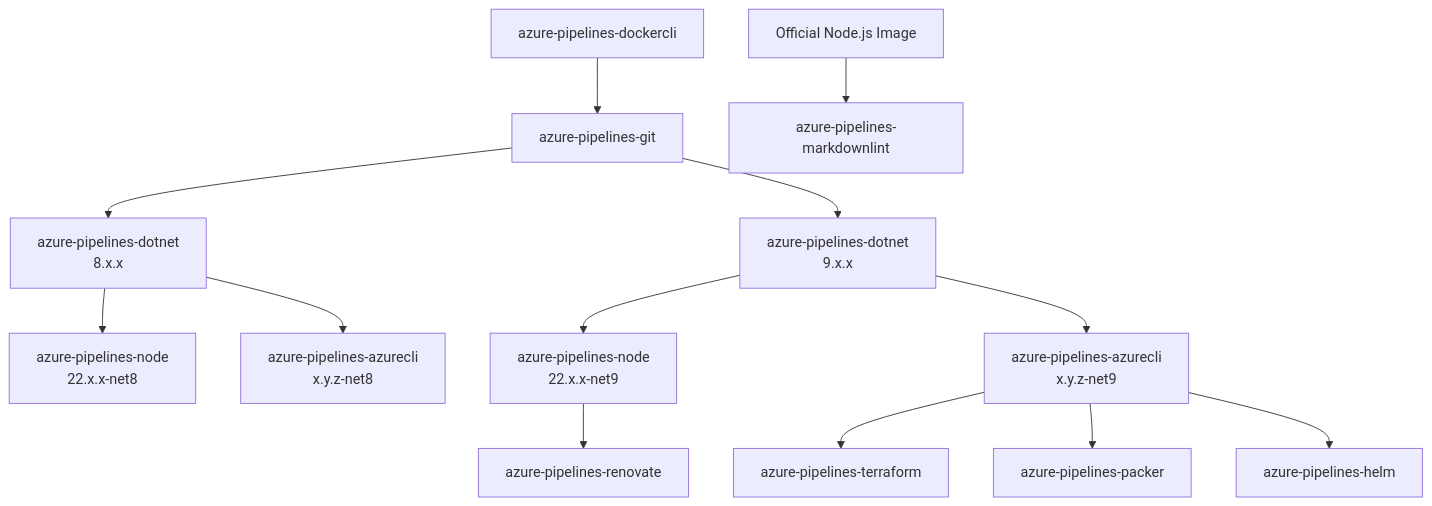
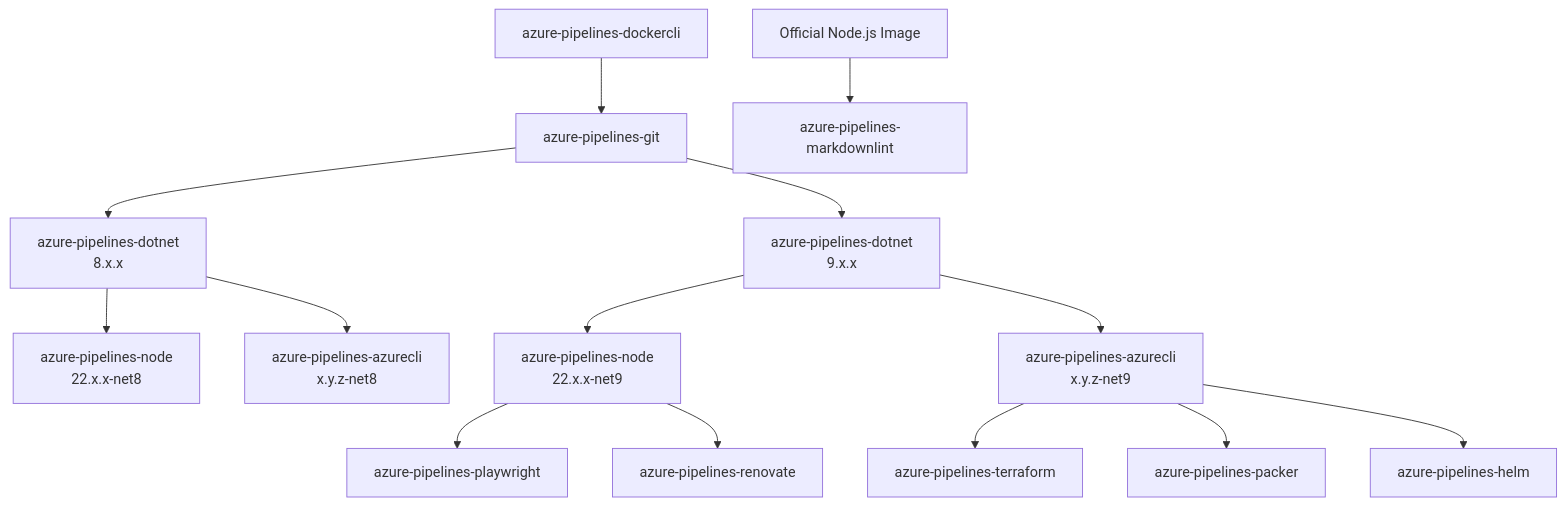
One commit to swissgrc/.github changed the diagram in profile/README.md. Above: the diagram before and after it, drawn with Mermaid. The commit also changed other lines of this file, not shown here.

Commit message:
Add Playwright image to README (#321)

````diff
--- a/profile/README.md
+++ b/profile/README.md
@@ -21,60 +22,65 @@
 ```mermaid
 graph TB
     docker[azure-pipelines-dockercli]
     click docker "https://github.com/swissgrc/docker-azure-pipelines-dockercli"
 
     git[azure-pipelines-git]
     click git "https://github.com/swissgrc/docker-azure-pipelines-git"
 
     dotnet8[azure-pipelines-dotnet<br>8.x.x]
     click dotnet8 "https://github.com/swissgrc/docker-azure-pipelines-dotnet-8"
     dotnet9[azure-pipelines-dotnet<br>9.x.x]
     click dotnet9 "https://github.com/swissgrc/docker-azure-pipelines-dotnet-9"
 
     node22_8[azure-pipelines-node<br>22.x.x-net8]
     click node22_8 "https://github.com/swissgrc/docker-azure-pipelines-node22-net8"
     node22_9[azure-pipelines-node<br>22.x.x-net9]
     click node22_9 "https://github.com/swissgrc/docker-azure-pipelines-node22-net9"
 
     az8[azure-pipelines-azurecli<br>x.y.z-net8]
     click az8 "https://github.com/swissgrc/docker-azure-pipelines-azurecli-net8"
     az9[azure-pipelines-azurecli<br>x.y.z-net9]
     click az9 "https://github.com/swissgrc/docker-azure-pipelines-azurecli-net9"
 
     terraform[azure-pipelines-terraform]
     click terraform "https://github.com/swissgrc/docker-azure-pipelines-terraform"
     packer[azure-pipelines-packer]
     click packer "https://github.com/swissgrc/docker-azure-pipelines-packer"
     helm[azure-pipelines-helm]
     click helm "https://github.com/swissgrc/docker-azure-pipelines-helm"
 
+    playwright[azure-pipelines-playwright]
+    click playwright "https://github.com/swissgrc/docker-azure-pipelines-playwright"
+
     markdownlint[azure-pipelines-markdownlint]
     click markdownlint "https://github.com/swissgrc/docker-azure-pipelines-markdownlint"
 
     renovate[azure-pipelines-renovate]
     click renovate "https://github.com/swissgrc/docker-azure-pipelines-renovate"
 
     %% External Images
     nodejs[Official Node.js Image]
     click nodejs "https://hub.docker.com/_/node"
 
     %% Inheritance relationships (top-down)
     docker --> git
     
     git --> dotnet8
     git --> dotnet9
 
     dotnet8 --> node22_8
     dotnet9 --> node22_9
 
     dotnet8 --> az8
     dotnet9 --> az9
 
     az9 --> terraform
     az9 --> packer
     az9 --> helm
 
+    node22_9 --> playwright
+
     nodejs --> markdownlint
 
     node22_9 --> renovate
 ```
````
